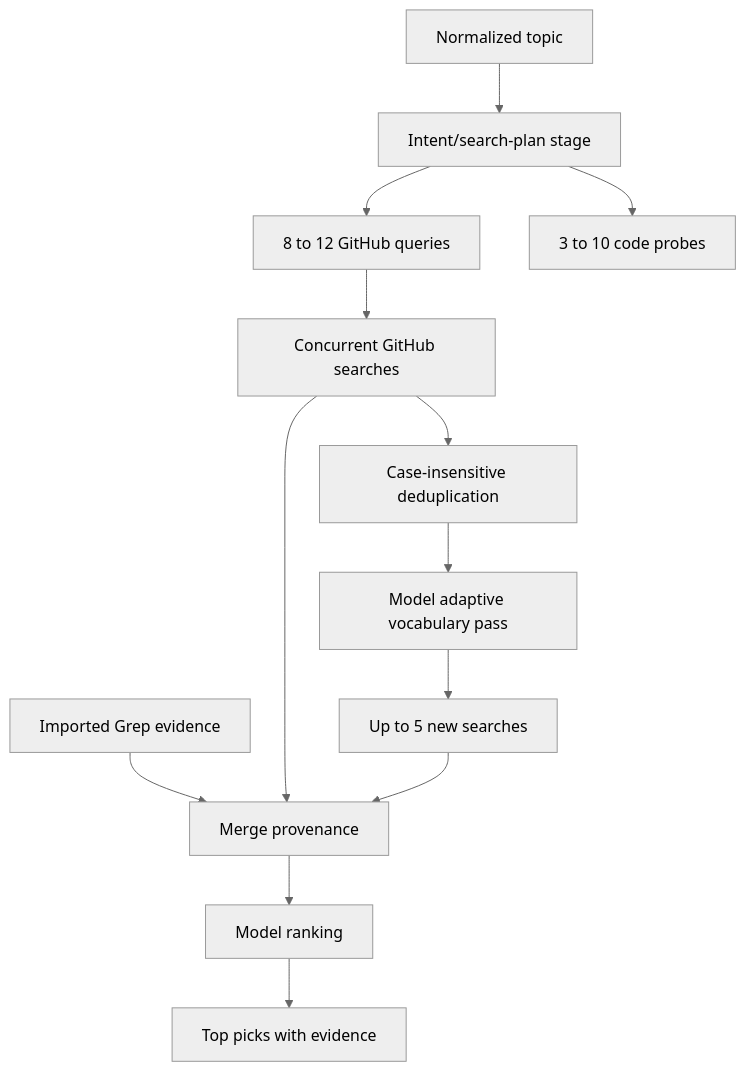
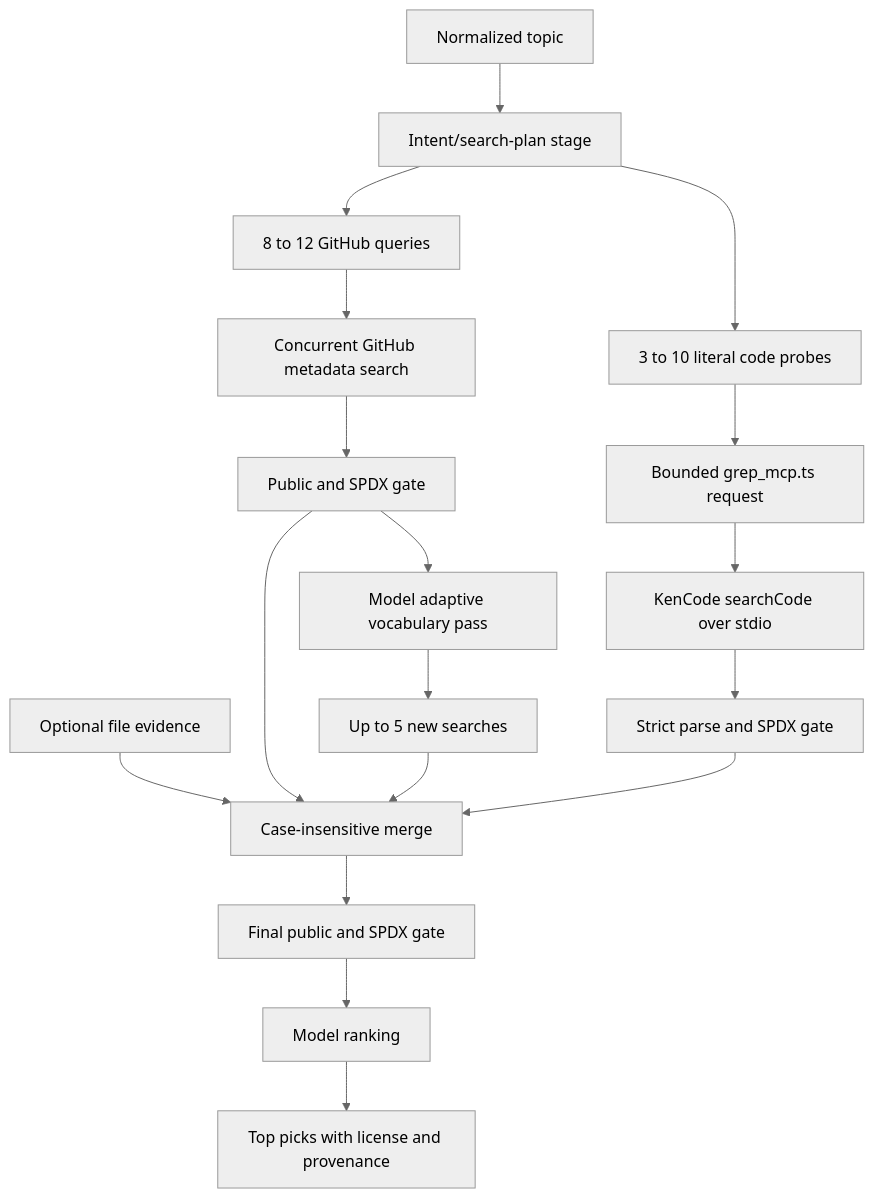
One commit to g-baskin/ghitty changed the diagram in library/knowledge/private/search/search-retrieval-pipeline.md. Above: the diagram before and after it, drawn with Mermaid (neutral theme). The commit also changed other lines of this file and 16 other files, not shown here.

Commit message:
Add live KenCode MCP evidence

````diff
--- a/library/knowledge/private/search/search-retrieval-pipeline.md
+++ b/library/knowledge/private/search/search-retrieval-pipeline.md
@@ -16,15 +16,20 @@
 ```mermaid
 flowchart TD
-    Topic[Normalized topic] --> Expand[Intent/search-plan stage]
-    Expand --> Q1[8 to 12 GitHub queries]
-    Expand --> Probes[3 to 10 code probes]
-    Q1 --> Search1[Concurrent GitHub searches]
-    Search1 --> Merge1[Case-insensitive deduplication]
-    Merge1 --> Adapt[Model adaptive vocabulary pass]
+    Topic[Normalized topic] --> Plan[Intent/search-plan stage]
+    Plan --> Q1[8 to 12 GitHub queries]
+    Plan --> Probes[3 to 10 literal code probes]
+    Q1 --> Search1[Concurrent GitHub metadata search]
+    Search1 --> License1[Public and SPDX gate]
+    License1 --> Adapt[Model adaptive vocabulary pass]
     Adapt --> Search2[Up to 5 new searches]
-    Evidence[Imported Grep evidence] --> Merge2[Merge provenance]
-    Search1 --> Merge2
-    Search2 --> Merge2
-    Merge2 --> Rank[Model ranking]
-    Rank --> Picks[Top picks with evidence]
+    Probes --> Bridge[Bounded grep_mcp.ts request]
+    Bridge --> MCP[KenCode searchCode over stdio]
+    MCP --> License2[Strict parse and SPDX gate]
+    File[Optional file evidence] --> Merge[Case-insensitive merge]
+    License1 --> Merge
+    Search2 --> Merge
+    License2 --> Merge
+    Merge --> FinalGate[Final public and SPDX gate]
+    FinalGate --> Rank[Model ranking]
+    Rank --> Picks[Top picks with license and provenance]
 ```
````
